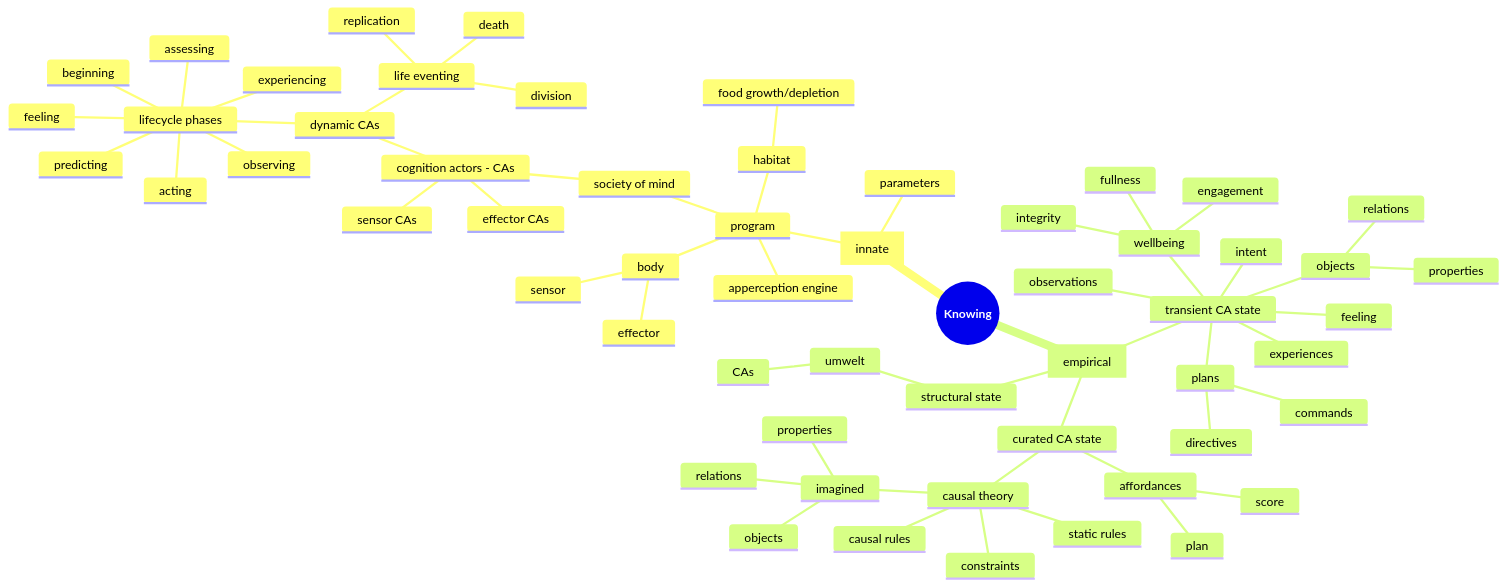
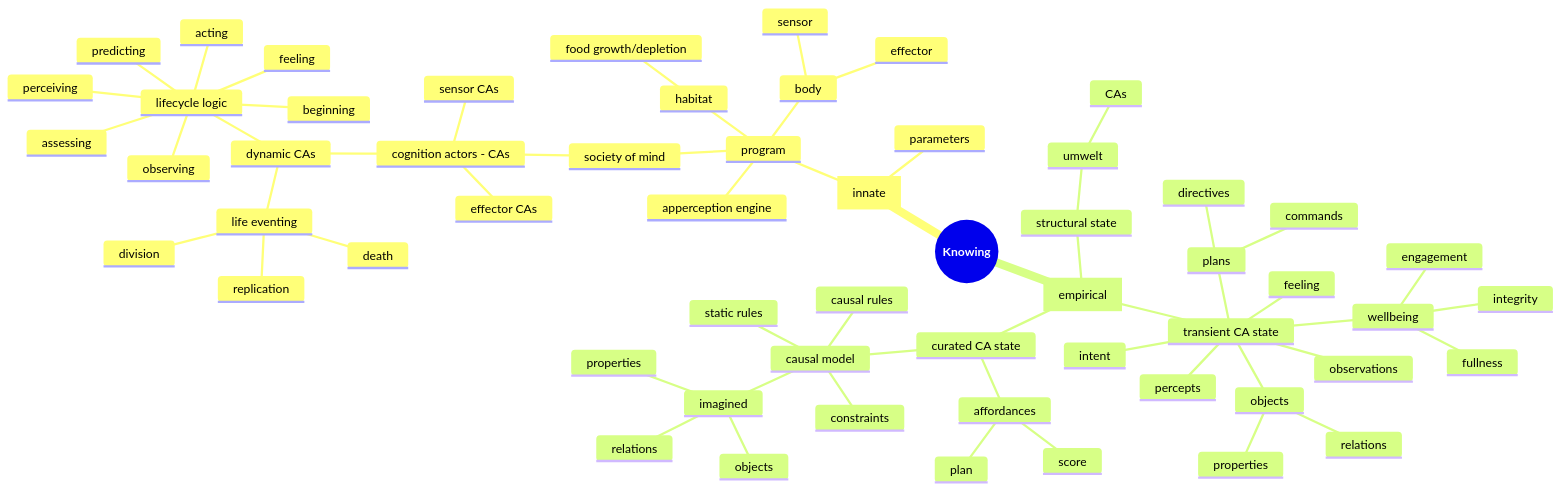
The second of 2 diagrams in research_fellowship/symposium 2026.md (jfcloutier/karma_system), drawn with Mermaid before and after one commit. The commit also changed other lines of this file, not shown here.

Commit message:
Reviewd symposium narrative - experiences vs percepts

````diff
--- a/research_fellowship/symposium 2026.md
+++ b/research_fellowship/symposium 2026.md
@@ -153,61 +155,61 @@
 ```mermaid
 mindmap
     root ((**Knowing**))
         [innate]
             program
                 body
                     sensor
                     effector
                 society of mind
                     cognition actors - CAs
                         sensor CAs
                         effector CAs
                         dynamic CAs
-                            lifecycle phases
+                            lifecycle logic
                                 beginning
                                 predicting
                                 observing
-                                experiencing
+                                perceiving
                                 feeling
                                 acting
                                 assessing
                             life eventing
                                 replication
                                 division
                                 death
                 apperception engine
                 habitat
                     food growth/depletion
             parameters
         [empirical]
             transient CA state
                 objects
                     properties
                     relations
                 wellbeing
                     fullness
                     integrity
                     engagement
                 feeling
                 observations
-                experiences
+                percepts
                 intent
                 plans
                     directives
                     commands
             curated CA state
                 affordances
                     plan
                     score
-                causal theory
+                causal model
                     causal rules
                     static rules
                     constraints
                     imagined 
                         objects
                         properties
                         relations
             structural state
                 umwelt
                     CAs
 ```
````
